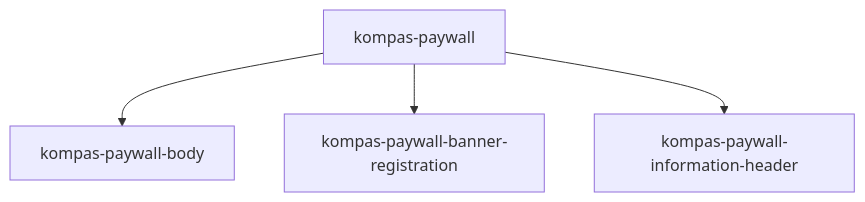
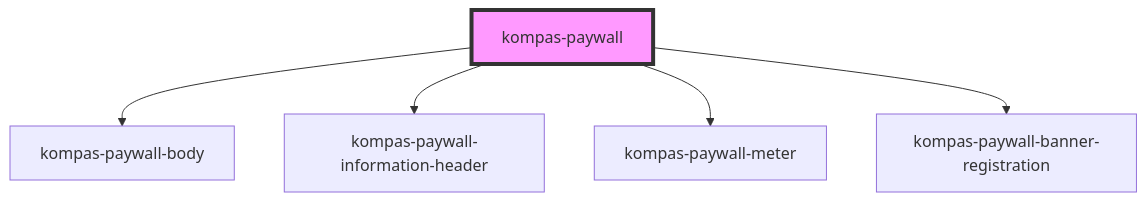
One commit to pt-kompas-media-nusantara/kompas-web-components changed the diagram in src/components/kompas-paywall/readme.md. Above: the diagram before and after it, drawn with Mermaid. The commit also changed other lines of this file and 14 other files, not shown here.

````diff
--- a/src/components/kompas-paywall/readme.md
+++ b/src/components/kompas-paywall/readme.md
@@ -135,6 +28,8 @@
 ```mermaid
 graph TD;
   kompas-paywall --> kompas-paywall-body
+  kompas-paywall --> kompas-paywall-information-header
+  kompas-paywall --> kompas-paywall-meter
   kompas-paywall --> kompas-paywall-banner-registration
-  kompas-paywall --> kompas-paywall-information-header
+  style kompas-paywall fill:#f9f,stroke:#333,stroke-width:4px
 ```
````
